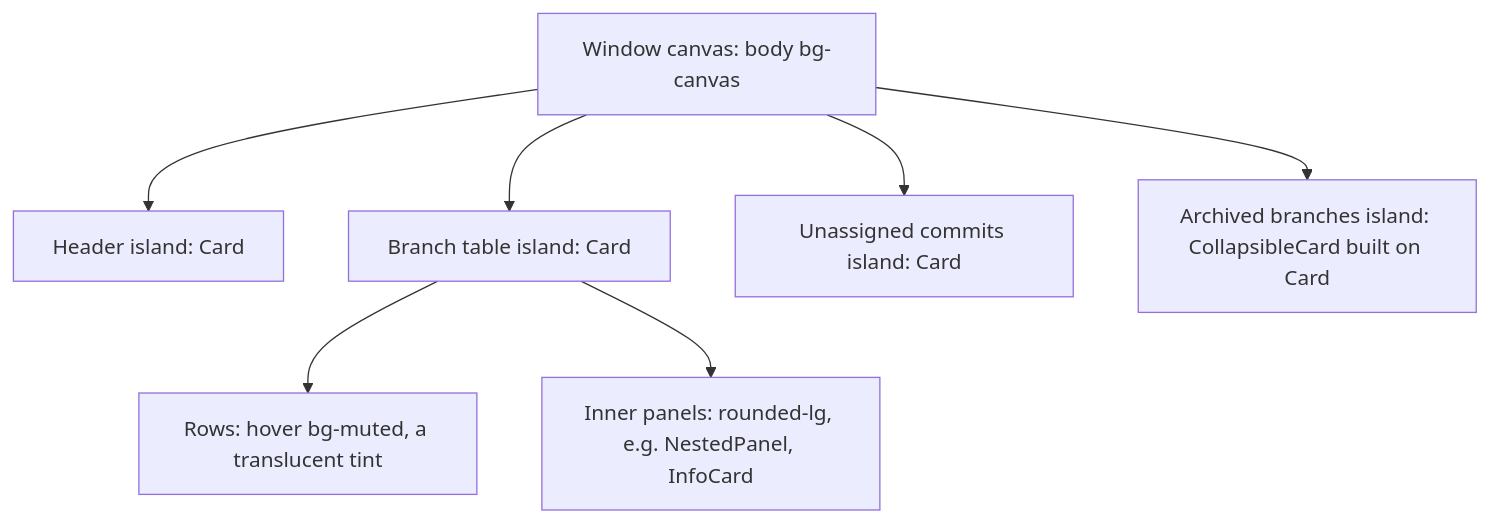
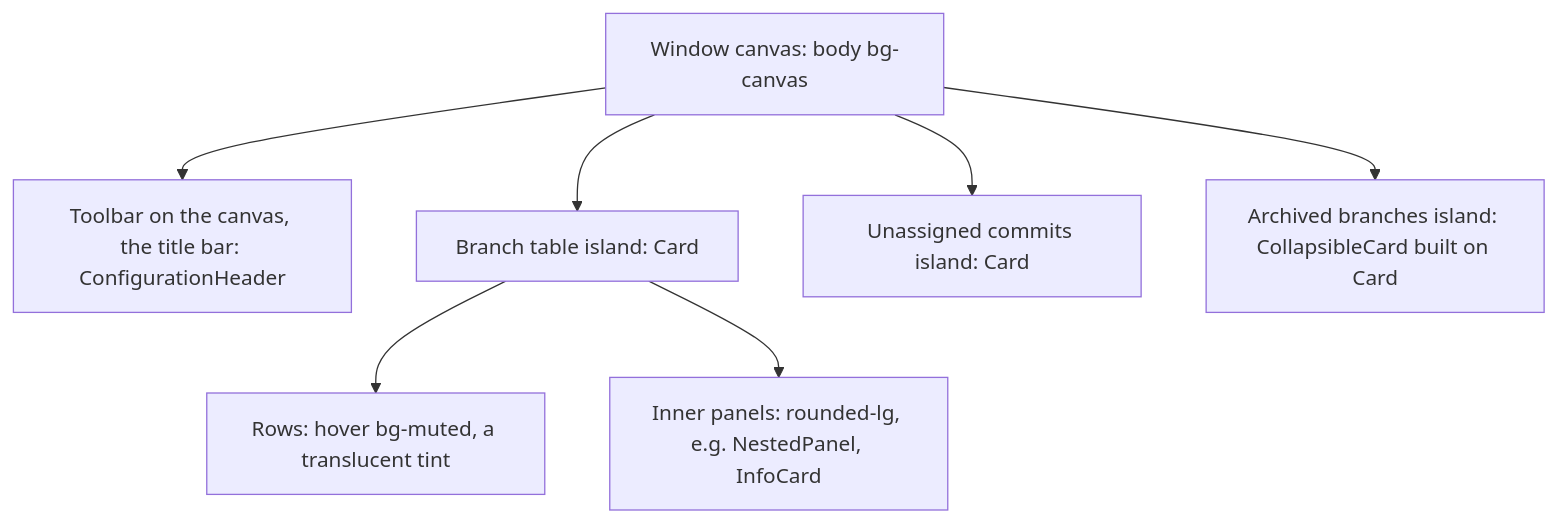
One commit to develar/branch-deck changed the diagram in docs/design/ui-theme.md. Above: the diagram before and after it, drawn with Mermaid. The commit also changed other lines of this file and 26 other files, not shown here.

First line of the commit message:
feat(ui): the toolbar is the title bar of the main window

````diff
--- a/docs/design/ui-theme.md
+++ b/docs/design/ui-theme.md
@@ -42,9 +42,9 @@
 ```mermaid
 flowchart TD
-    W["Window canvas: body bg-canvas"] --> H["Header island: Card"]
+    W["Window canvas: body bg-canvas"] --> H["Toolbar on the canvas, the title bar: ConfigurationHeader"]
     W --> T["Branch table island: Card"]
     W --> U["Unassigned commits island: Card"]
     W --> A["Archived branches island: CollapsibleCard built on Card"]
     T --> R["Rows: hover bg-muted, a translucent tint"]
     T --> P["Inner panels: rounded-lg, e.g. NestedPanel, InfoCard"]
 ```
````
